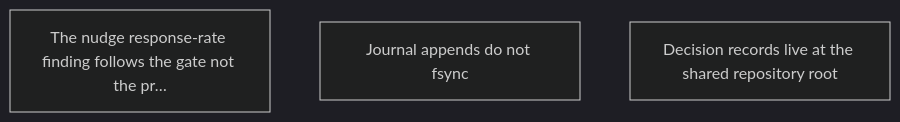
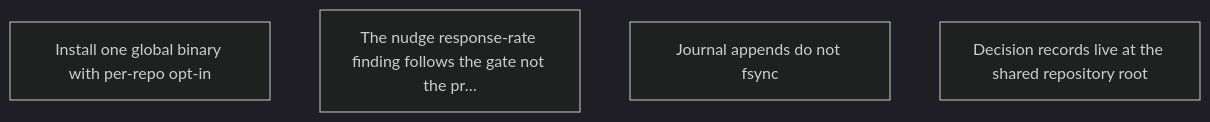
Before and after one commit to GuitarWag/adrlog: the diagram in docs/adr/README.md, drawn with Mermaid (dark theme). The commit also changed other lines of this file and 8 other files, not shown here.

First line of the commit message:
feat: install one global binary with per-repo opt-in

````diff
--- a/docs/adr/README.md
+++ b/docs/adr/README.md
@@ -13,6 +14,7 @@
 ```mermaid
 graph TD
-  n0["The nudge response-rate finding follows the gate not the pr…"]
-  n1["Journal appends do not fsync"]
-  n2["Decision records live at the shared repository root"]
+  n0["Install one global binary with per-repo opt-in"]
+  n1["The nudge response-rate finding follows the gate not the pr…"]
+  n2["Journal appends do not fsync"]
+  n3["Decision records live at the shared repository root"]
 ```
````
